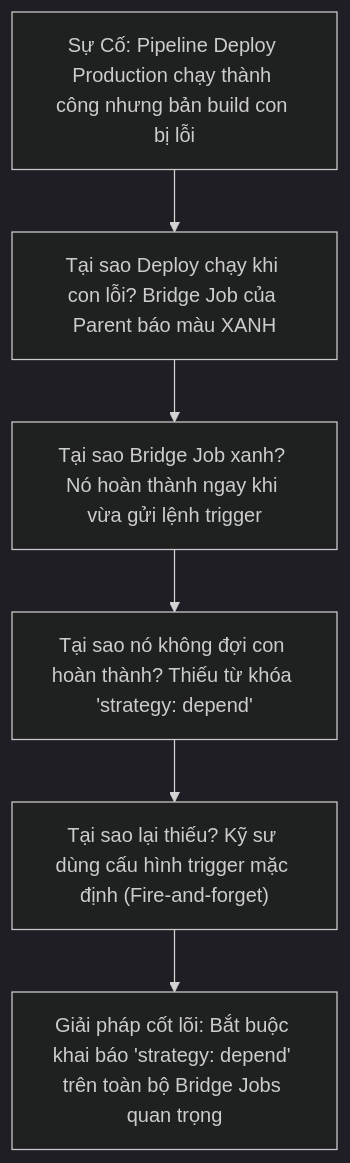
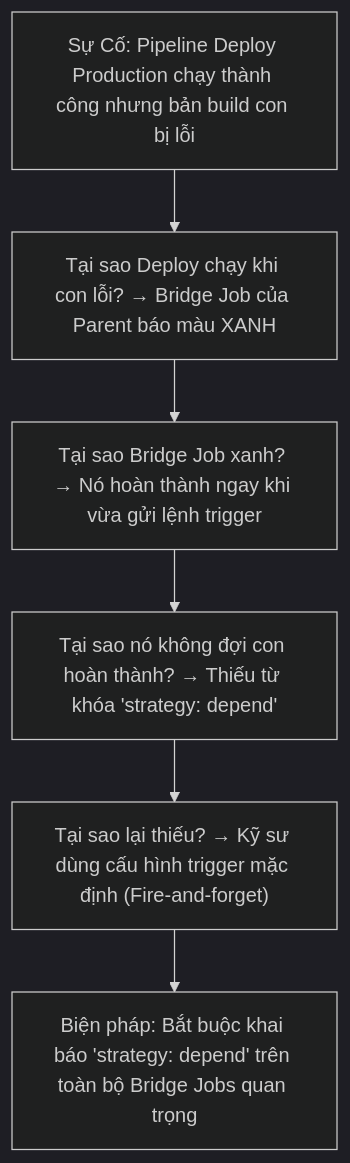
Before and after one commit to kiennt308/ntk: the second of 2 diagrams in _posts/2026-09-12-gitlab-09-09-child-parent-va-trigger.md, drawn with Mermaid (dark theme). The commit also changed other lines of this file and 44 other files, not shown here.

````diff
--- a/_posts/2026-09-12-gitlab-09-09-child-parent-va-trigger.md
+++ b/_posts/2026-09-12-gitlab-09-09-child-parent-va-trigger.md
@@ -221,11 +218,11 @@
 ```mermaid
 graph TD
     INC["Sự Cố: Pipeline Deploy Production chạy thành công nhưng bản build con bị lỗi"]
-    W1["Tại sao Deploy chạy khi con lỗi? Bridge Job của Parent báo màu XANH"]
-    W2["Tại sao Bridge Job xanh? Nó hoàn thành ngay khi vừa gửi lệnh trigger"]
-    W3["Tại sao nó không đợi con hoàn thành? Thiếu từ khóa 'strategy: depend'"]
-    W4["Tại sao lại thiếu? Kỹ sư dùng cấu hình trigger mặc định (Fire-and-forget)"]
-    W5["Giải pháp cốt lõi: Bắt buộc khai báo 'strategy: depend' trên toàn bộ Bridge Jobs quan trọng"]
+    W1["Tại sao Deploy chạy khi con lỗi? &rarr; Bridge Job của Parent báo màu XANH"]
+    W2["Tại sao Bridge Job xanh? &rarr; Nó hoàn thành ngay khi vừa gửi lệnh trigger"]
+    W3["Tại sao nó không đợi con hoàn thành? &rarr; Thiếu từ khóa 'strategy: depend'"]
+    W4["Tại sao lại thiếu? &rarr; Kỹ sư dùng cấu hình trigger mặc định (Fire-and-forget)"]
+    W5["Biện pháp: Bắt buộc khai báo 'strategy: depend' trên toàn bộ Bridge Jobs quan trọng"]
     
     INC --> W1 --> W2 --> W3 --> W4 --> W5
 ```
````
